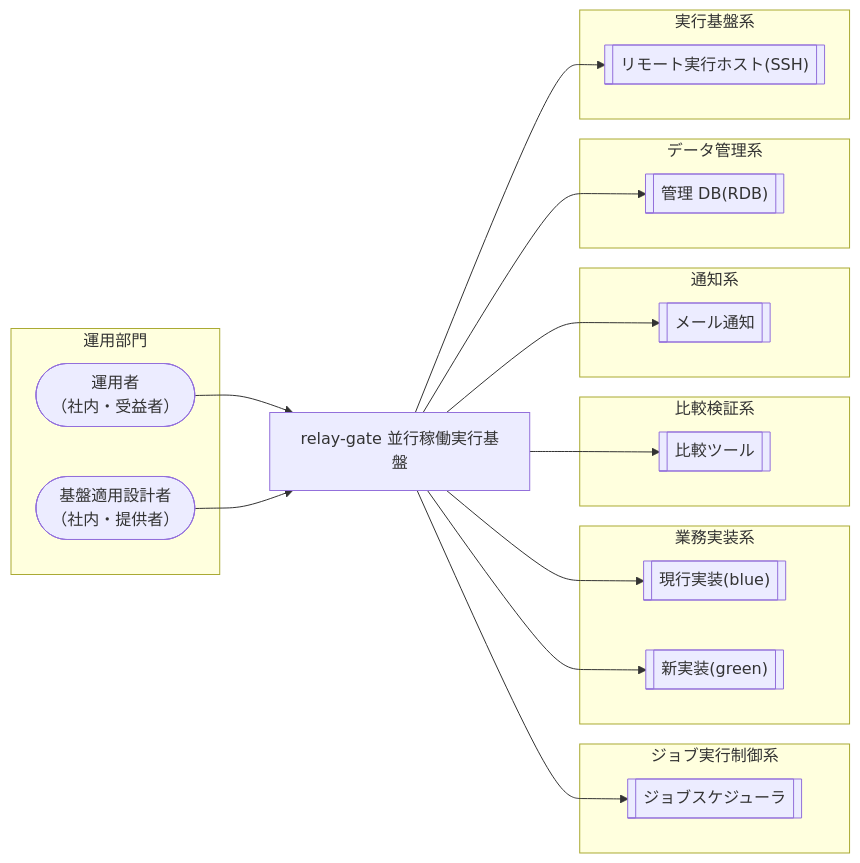
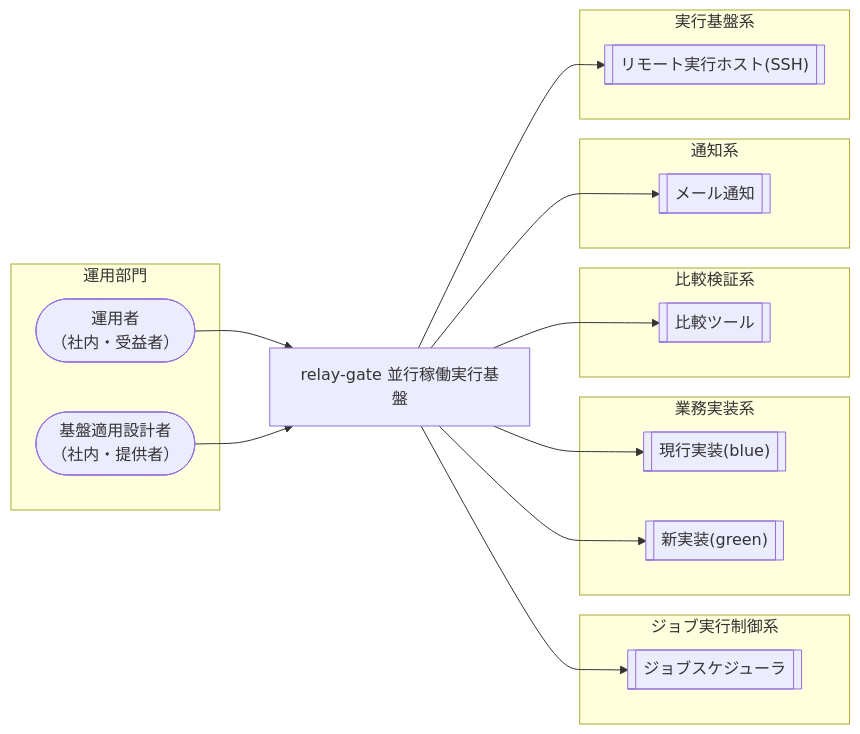
The diagram in docs/rdra/latest/views/01_システムコンテキスト.md (suwa-sh/relay-gate), drawn with Mermaid before and after one commit. The commit also changed other lines of this file and 849 other files, not shown here.

````diff
--- a/docs/rdra/latest/views/01_システムコンテキスト.md
+++ b/docs/rdra/latest/views/01_システムコンテキスト.md
@@ -7,36 +7,32 @@
 ```mermaid
 graph LR
   subgraph AG1["運用部門"]
     AC1(["運用者<br/>（社内・受益者）"])
     AC2(["基盤適用設計者<br/>（社内・提供者）"])
   end
   SYS["relay-gate 並行稼働実行基盤"]
   subgraph EG1["ジョブ実行制御系"]
     EX1[["ジョブスケジューラ"]]
   end
   subgraph EG2["業務実装系"]
     EX2[["現行実装(blue)"]]
     EX3[["新実装(green)"]]
   end
   subgraph EG3["比較検証系"]
     EX4[["比較ツール"]]
   end
   subgraph EG4["通知系"]
     EX5[["メール通知"]]
   end
-  subgraph EG5["データ管理系"]
-    EX6[["管理 DB(RDB)"]]
-  end
-  subgraph EG6["実行基盤系"]
-    EX7[["リモート実行ホスト(SSH)"]]
+  subgraph EG5["実行基盤系"]
+    EX6[["リモート実行ホスト(SSH)"]]
   end
   AC1 --> SYS
   AC2 --> SYS
   SYS --> EX1
   SYS --> EX2
   SYS --> EX3
   SYS --> EX4
   SYS --> EX5
   SYS --> EX6
-  SYS --> EX7
 ```
````
